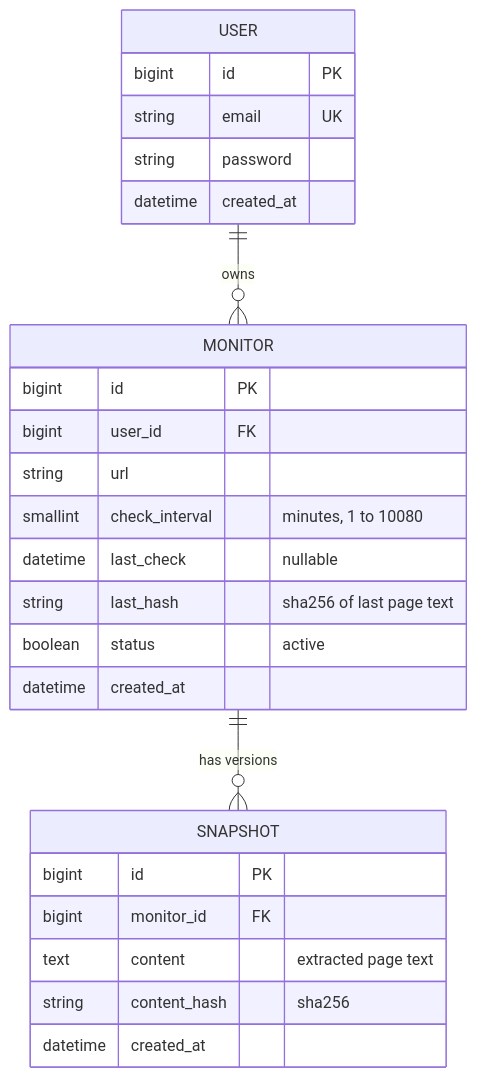
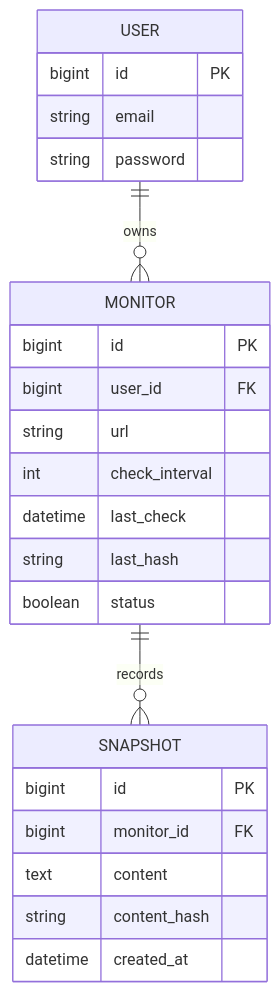
One commit to maZen04/codveda-python-internship changed the sixth of 7 diagrams in README.md. Above: the diagram before and after it, drawn with Mermaid. The commit also changed other lines of this file, not shown here.

````diff
--- a/README.md
+++ b/README.md
@@ -244,29 +223,29 @@
 ```mermaid
 erDiagram
-    USER ||--o{ MONITOR : "owns"
-    MONITOR ||--o{ SNAPSHOT : "has versions"
+    USER ||--o{ MONITOR : owns
+    MONITOR ||--o{ SNAPSHOT : records
 
     USER {
         bigint id PK
-        string email UK
+        string email
         string password
-        datetime created_at
     }
+
     MONITOR {
         bigint id PK
         bigint user_id FK
         string url
-        smallint check_interval "minutes, 1 to 10080"
-        datetime last_check "nullable"
-        string last_hash "sha256 of last page text"
-        boolean status "active"
-        datetime created_at
+        int check_interval
+        datetime last_check
+        string last_hash
+        boolean status
     }
+
     SNAPSHOT {
         bigint id PK
         bigint monitor_id FK
-        text content "extracted page text"
-        string content_hash "sha256"
+        text content
+        string content_hash
         datetime created_at
     }
 ```
````
